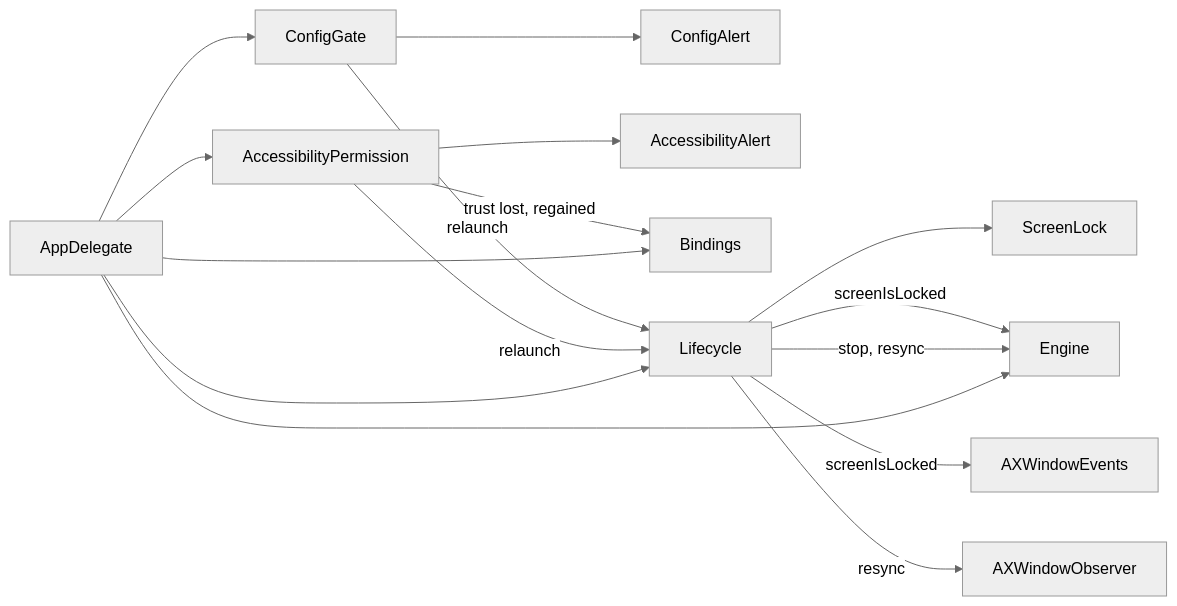
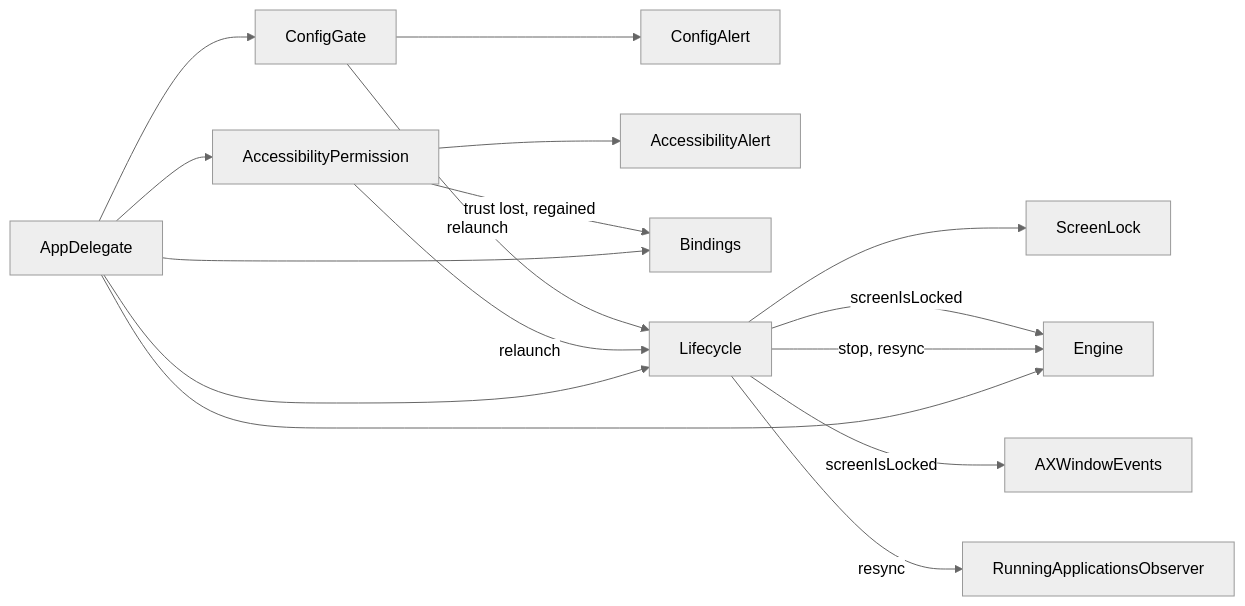
The sixth of 18 diagrams in ARCHITECTURE.md (brennovich/ottowm), drawn with Mermaid (neutral theme) before and after one commit. The commit also changed other lines of this file and 5 other files, not shown here.

First line of the commit message:
Rename AXWindowObserver to RunningApplicationsObserver

````diff
--- a/ARCHITECTURE.md
+++ b/ARCHITECTURE.md
@@ -157,18 +157,18 @@
 ```mermaid
 flowchart LR
     AppDelegate --> ConfigGate
     ConfigGate --> ConfigAlert
     AppDelegate --> AccessibilityPermission
     AccessibilityPermission --> AccessibilityAlert
     AppDelegate --> Engine
     AppDelegate --> Bindings
     AccessibilityPermission -->|trust lost, regained| Bindings
     AppDelegate --> Lifecycle
     Lifecycle --> ScreenLock
     Lifecycle -->|stop, resync| Engine
     Lifecycle -->|screenIsLocked| Engine
     Lifecycle -->|screenIsLocked| AXWindowEvents
-    Lifecycle -->|resync| AXWindowObserver
+    Lifecycle -->|resync| RunningApplicationsObserver
     AccessibilityPermission -->|relaunch| Lifecycle
     ConfigGate -->|relaunch| Lifecycle
 ```
````
